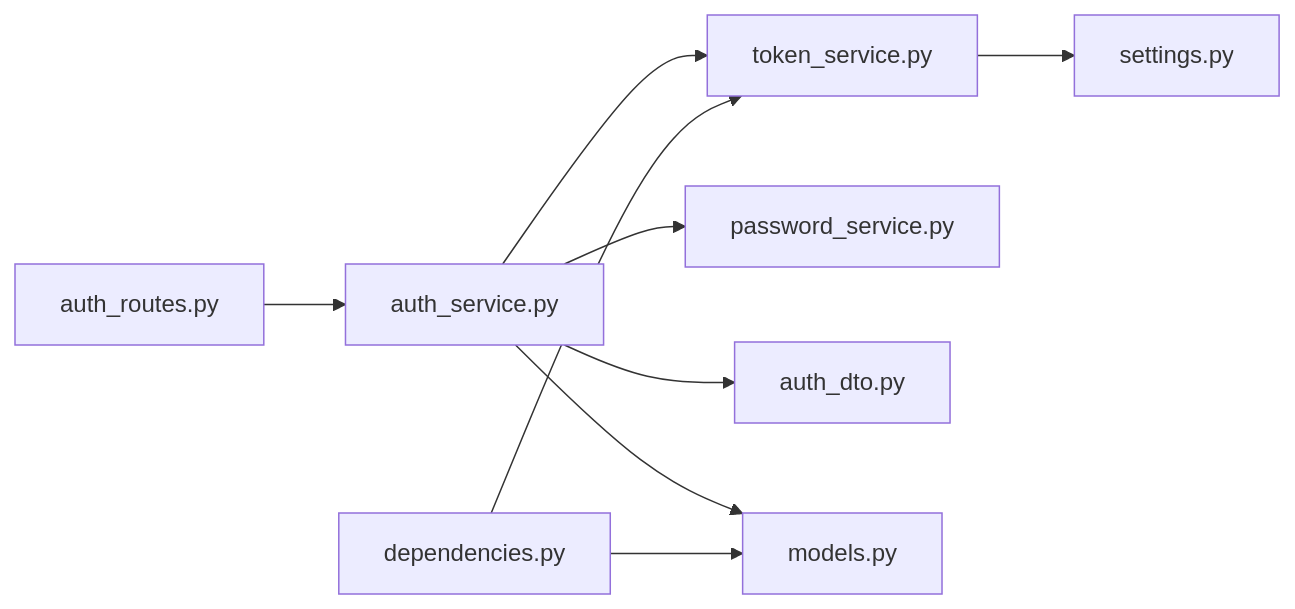
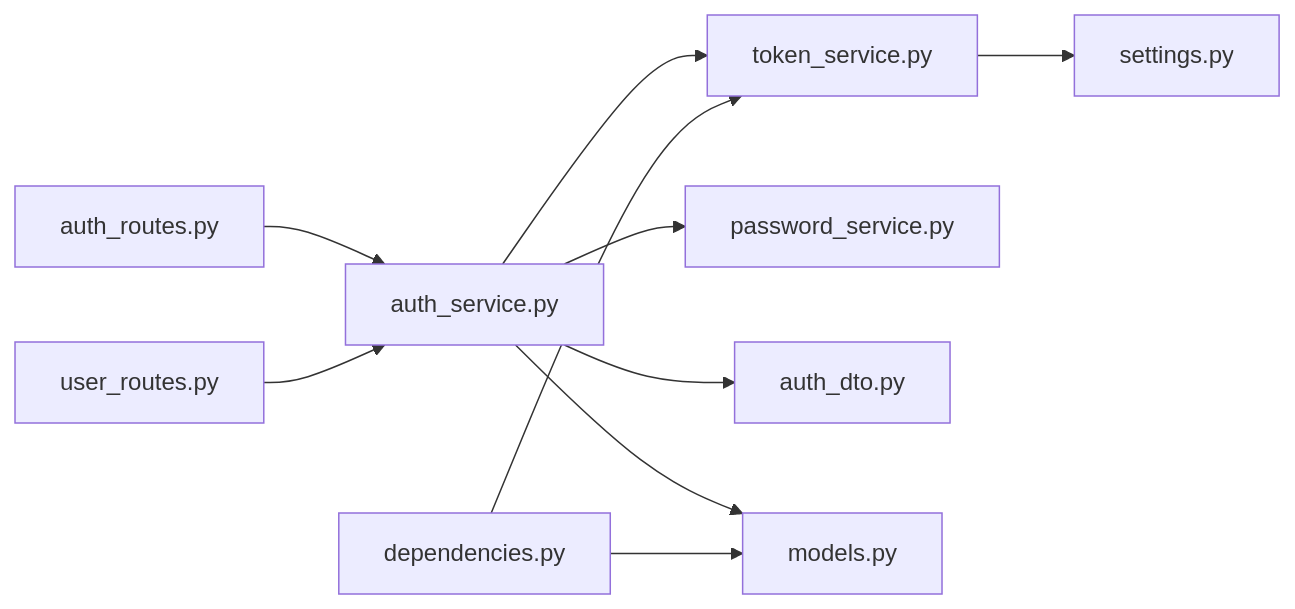
One commit to taoweidong/Hello-FastApi changed the ninth of 9 diagrams in .qoder/repowiki/zh/content/项目概述/核心特性/认证系统/JWT 令牌管理.md. Above: the diagram before and after it, drawn with Mermaid. The commit also changed other lines of this file and 19 other files, not shown here.

````diff
--- a/.qoder/repowiki/zh/content/项目概述/核心特性/认证系统/JWT 令牌管理.md
+++ b/.qoder/repowiki/zh/content/项目概述/核心特性/认证系统/JWT 令牌管理.md
@@ -288,11 +378,12 @@
 ```mermaid
 graph LR
-API["auth_routes.py"] --> SVC["auth_service.py"]
+API_AUTH["auth_routes.py"] --> SVC["auth_service.py"]
+API_USER["user_routes.py"] --> SVC
 SVC --> TOKEN["token_service.py"]
 SVC --> PWD["password_service.py"]
 SVC --> DTO["auth_dto.py"]
 SVC --> MODELS["models.py"]
 DEP["dependencies.py"] --> TOKEN
 DEP --> MODELS
 TOKEN --> CFG["settings.py"]
 ```
````
